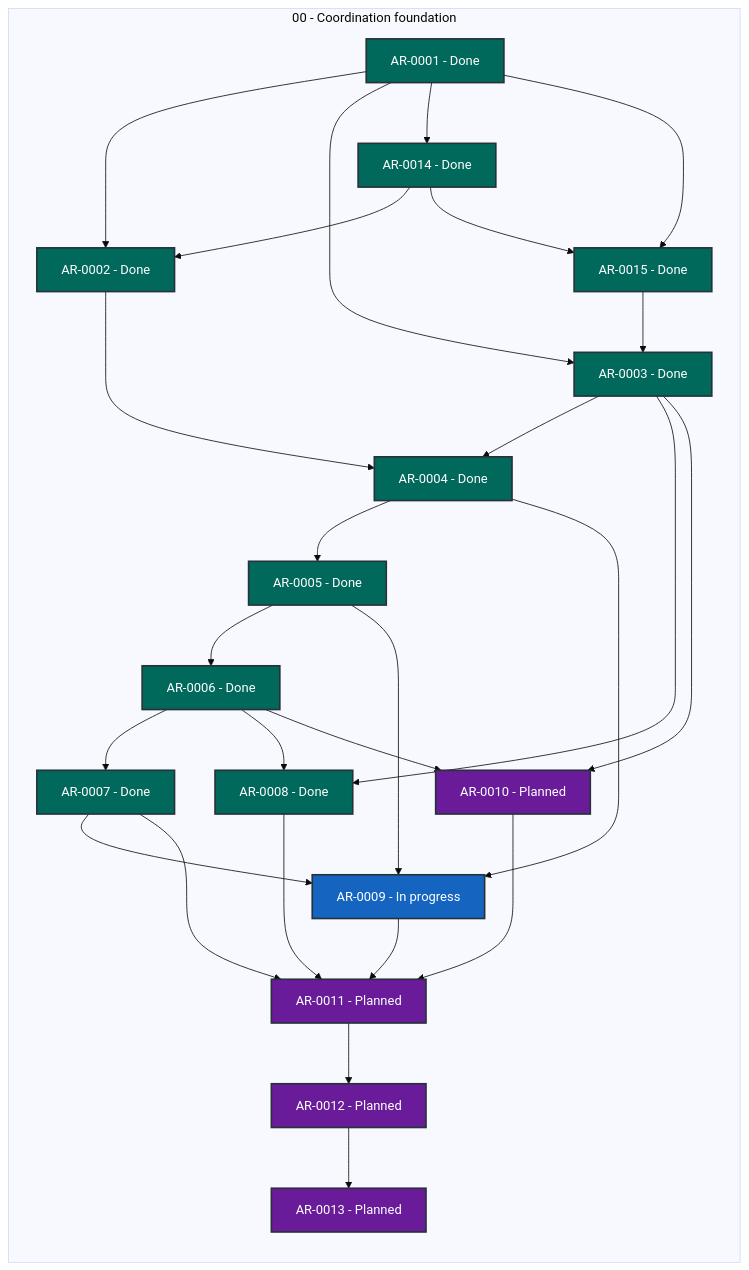
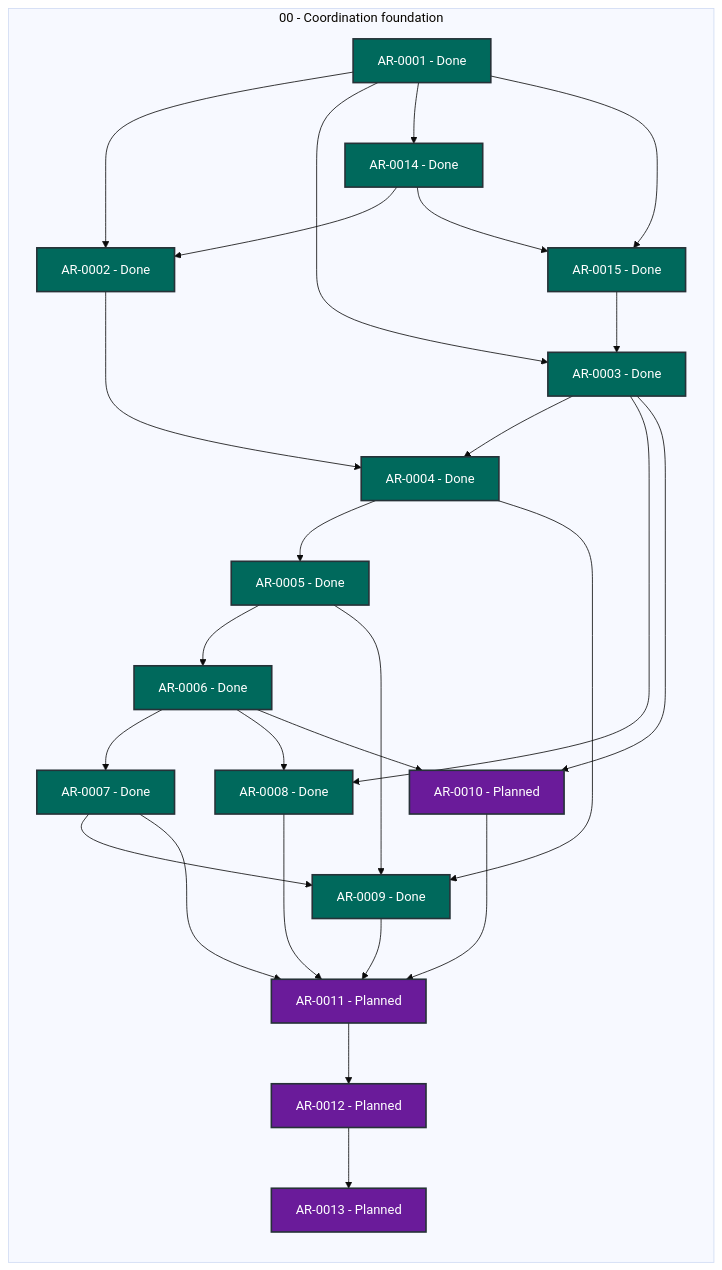
One commit to martin-beck/agent-workflow-tui-state changed the diagram in STATUS.md. Above: the diagram before and after it, drawn with Mermaid (base theme). The commit also changed other lines of this file and 2 other files, not shown here.

````diff
--- a/STATUS.md
+++ b/STATUS.md
@@ -27,54 +27,54 @@
 ```mermaid
 flowchart LR
     subgraph series_00["00 - Coordination foundation"]
         direction TB
         AR_0001["AR-0001 - Done"]:::status_done
         AR_0002["AR-0002 - Done"]:::status_done
         AR_0003["AR-0003 - Done"]:::status_done
         AR_0004["AR-0004 - Done"]:::status_done
         AR_0005["AR-0005 - Done"]:::status_done
         AR_0006["AR-0006 - Done"]:::status_done
         AR_0007["AR-0007 - Done"]:::status_done
         AR_0008["AR-0008 - Done"]:::status_done
-        AR_0009["AR-0009 - In progress"]:::status_in_progress
+        AR_0009["AR-0009 - Done"]:::status_done
         AR_0010["AR-0010 - Planned"]:::status_planned
         AR_0011["AR-0011 - Planned"]:::status_planned
         AR_0012["AR-0012 - Planned"]:::status_planned
         AR_0013["AR-0013 - Planned"]:::status_planned
         AR_0014["AR-0014 - Done"]:::status_done
         AR_0015["AR-0015 - Done"]:::status_done
     end
     AR_0001 --> AR_0002
     AR_0001 --> AR_0003
     AR_0001 --> AR_0014
     AR_0001 --> AR_0015
     AR_0002 --> AR_0004
     AR_0003 --> AR_0004
     AR_0003 --> AR_0008
     AR_0003 --> AR_0010
     AR_0004 --> AR_0005
     AR_0004 --> AR_0009
     AR_0005 --> AR_0006
     AR_0005 --> AR_0009
     AR_0006 --> AR_0007
     AR_0006 --> AR_0008
     AR_0006 --> AR_0010
     AR_0007 --> AR_0009
     AR_0007 --> AR_0011
     AR_0008 --> AR_0011
     AR_0009 --> AR_0011
     AR_0010 --> AR_0011
     AR_0011 --> AR_0012
     AR_0012 --> AR_0013
     AR_0014 --> AR_0002
     AR_0014 --> AR_0015
     AR_0015 --> AR_0003
     classDef status_in_progress fill:#1565c0,color:#ffffff,stroke:#263238,stroke-width:2px
     classDef status_open fill:#2e7d32,color:#ffffff,stroke:#263238,stroke-width:2px
     classDef status_blocked fill:#c62828,color:#ffffff,stroke:#263238,stroke-width:2px
     classDef status_planned fill:#6a1b9a,color:#ffffff,stroke:#263238,stroke-width:2px
     classDef status_future fill:#455a64,color:#ffffff,stroke:#263238,stroke-width:2px
     classDef status_done fill:#00695c,color:#ffffff,stroke:#263238,stroke-width:2px
     classDef status_cancelled fill:#616161,color:#ffffff,stroke:#263238,stroke-width:2px
     classDef status_superseded fill:#5d4037,color:#ffffff,stroke:#263238,stroke-width:2px
 ```
````
